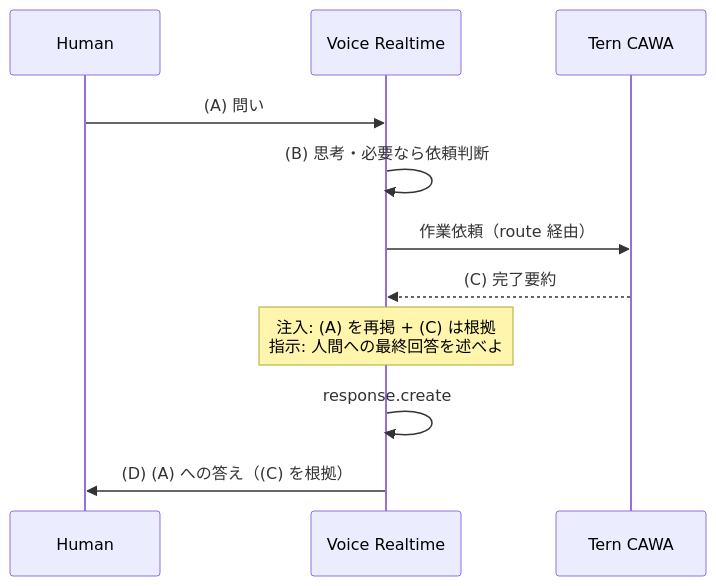
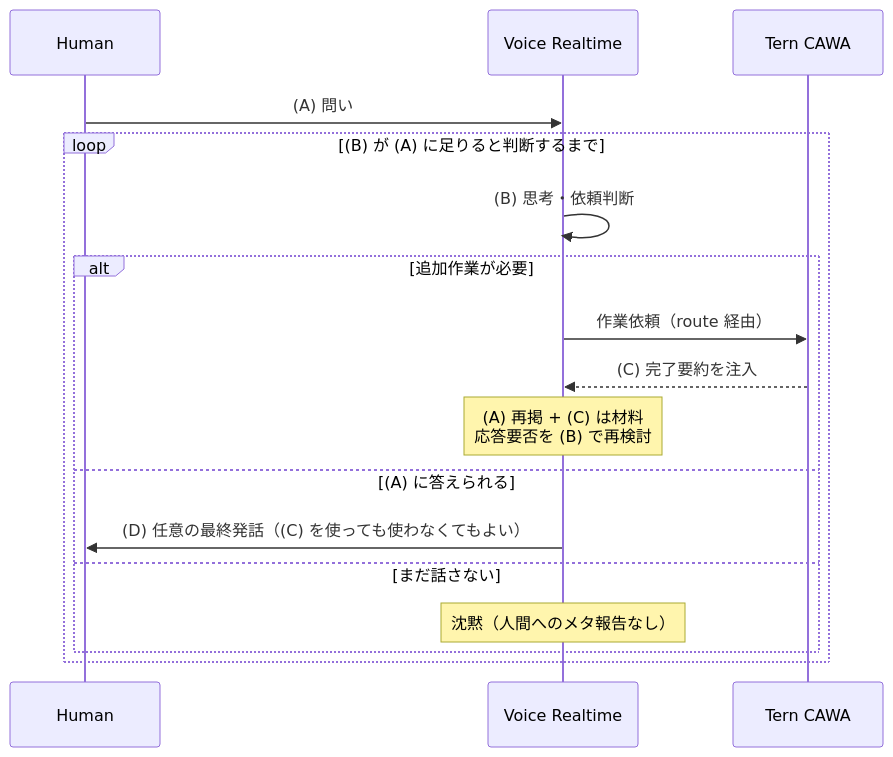
The diagram in prompts/phases/001-phase02/branches/feat-turn-interrupt-resume/ideas/008-Voice-Demo-Answer-Framing-After-Tern-Turn.md (axsh/arctic-tern), drawn with Mermaid before and after one commit. The commit also changed other lines of this file, not shown here.

````diff
--- a/prompts/phases/001-phase02/branches/feat-turn-interrupt-resume/ideas/008-Voice-Demo-Answer-Framing-After-Tern-Turn.md
+++ b/prompts/phases/001-phase02/branches/feat-turn-interrupt-resume/ideas/008-Voice-Demo-Answer-Framing-After-Tern-Turn.md
@@ -137,13 +163,19 @@
 ```mermaid
 sequenceDiagram
   participant H as Human
   participant V as Voice Realtime
   participant T as Tern CAWA
   H->>V: (A) 問い
-  V->>V: (B) 思考・必要なら依頼判断
-  V->>T: 作業依頼（route 経由）
-  T-->>V: (C) 完了要約
-  Note over V: 注入: (A) を再掲 + (C) は根拠<br/>指示: 人間への最終回答を述べよ
-  V->>V: response.create
-  V->>H: (D) (A) への答え（(C) を根拠）
+  loop (B) が (A) に足りると判断するまで
+    V->>V: (B) 思考・依頼判断
+    alt 追加作業が必要
+      V->>T: 作業依頼（route 経由）
+      T-->>V: (C) 完了要約を注入
+      Note over V: (A) 再掲 + (C) は材料<br/>応答要否を (B) で再検討
+    else (A) に答えられる
+      V->>H: (D) 任意の最終発話（(C) を使っても使わなくてもよい）
+    else まだ話さない
+      Note over V: 沈黙（人間へのメタ報告なし）
+    end
+  end
 ```
````
